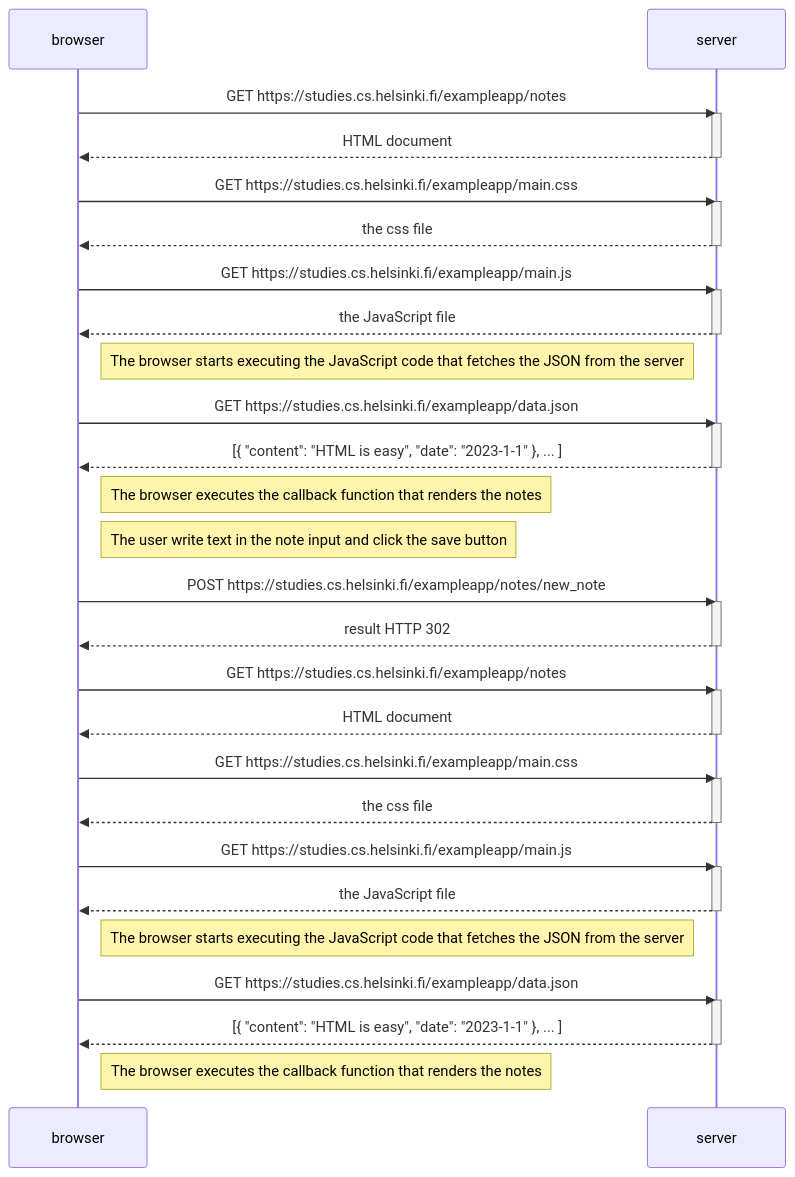
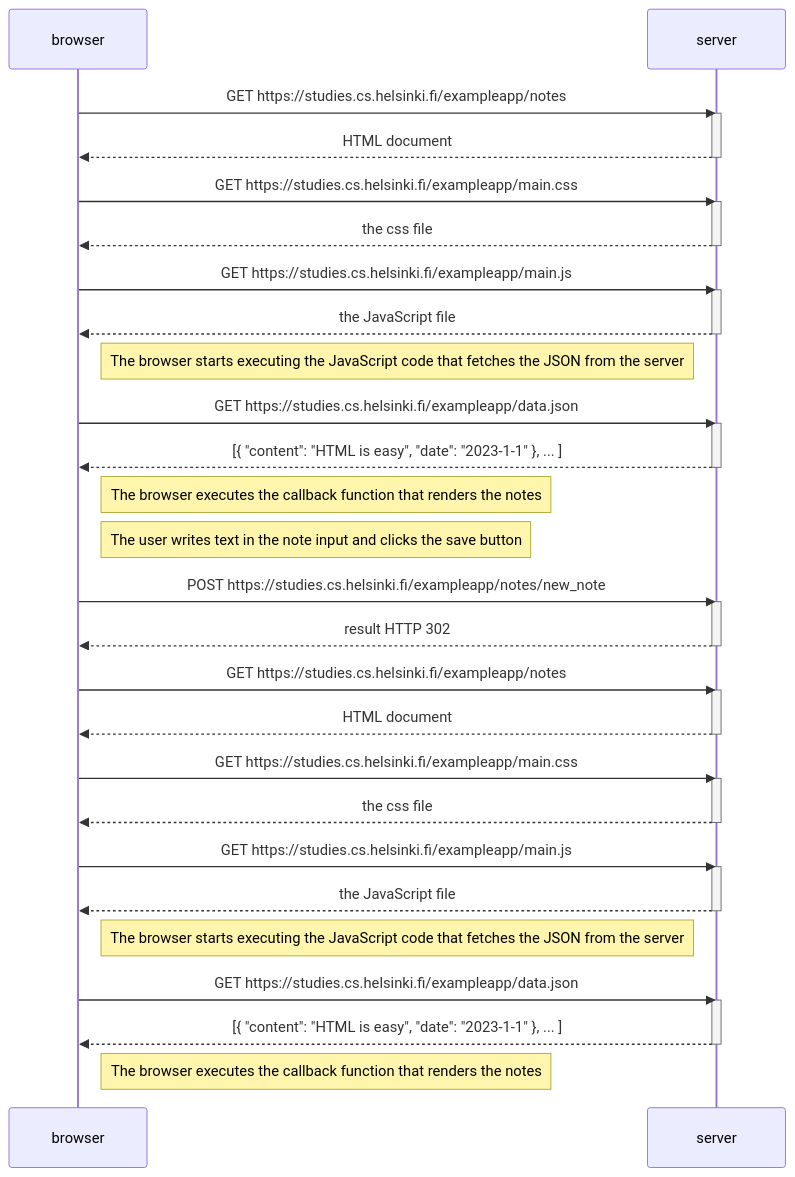
Before and after one commit to pablorf18/webStartedPRF: the diagram in part0/exercise_0.4/mermaid.md, drawn with Mermaid.

````diff
--- a/part0/exercise_0.4/mermaid.md
+++ b/part0/exercise_0.4/mermaid.md
@@ -1,56 +1,56 @@
 ```mermaid
 sequenceDiagram
     participant browser
     participant server
 
     browser->>server: GET https://studies.cs.helsinki.fi/exampleapp/notes
     activate server
     server-->>browser: HTML document
     deactivate server
 
     browser->>server: GET https://studies.cs.helsinki.fi/exampleapp/main.css
     activate server
     server-->>browser: the css file
     deactivate server
 
     browser->>server: GET https://studies.cs.helsinki.fi/exampleapp/main.js
     activate server
     server-->>browser: the JavaScript file
     deactivate server
 
     Note right of browser: The browser starts executing the JavaScript code that fetches the JSON from the server
 
     browser->>server: GET https://studies.cs.helsinki.fi/exampleapp/data.json
     activate server
     server-->>browser: [{ "content": "HTML is easy", "date": "2023-1-1" }, ... ]
     deactivate server
 
     Note right of browser: The browser executes the callback function that renders the notes
-    Note right of browser: The user write text in the note input and click the save button
+    Note right of browser: The user writes text in the note input and clicks the save button
     browser->>server: POST https://studies.cs.helsinki.fi/exampleapp/notes/new_note
     activate server
     server-->>browser: result HTTP 302
     deactivate server
 
     browser->>server: GET https://studies.cs.helsinki.fi/exampleapp/notes
     activate server
     server-->>browser: HTML document
     deactivate server
 
     browser->>server: GET https://studies.cs.helsinki.fi/exampleapp/main.css
     activate server
     server-->>browser: the css file
     deactivate server
 
     browser->>server: GET https://studies.cs.helsinki.fi/exampleapp/main.js
     activate server
     server-->>browser: the JavaScript file
     deactivate server
     Note right of browser: The browser starts executing the JavaScript code that fetches the JSON from the server
 
     browser->>server: GET https://studies.cs.helsinki.fi/exampleapp/data.json
     activate server
     server-->>browser: [{ "content": "HTML is easy", "date": "2023-1-1" }, ... ]
     deactivate server
     Note right of browser: The browser executes the callback function that renders the notes
 ```
````
